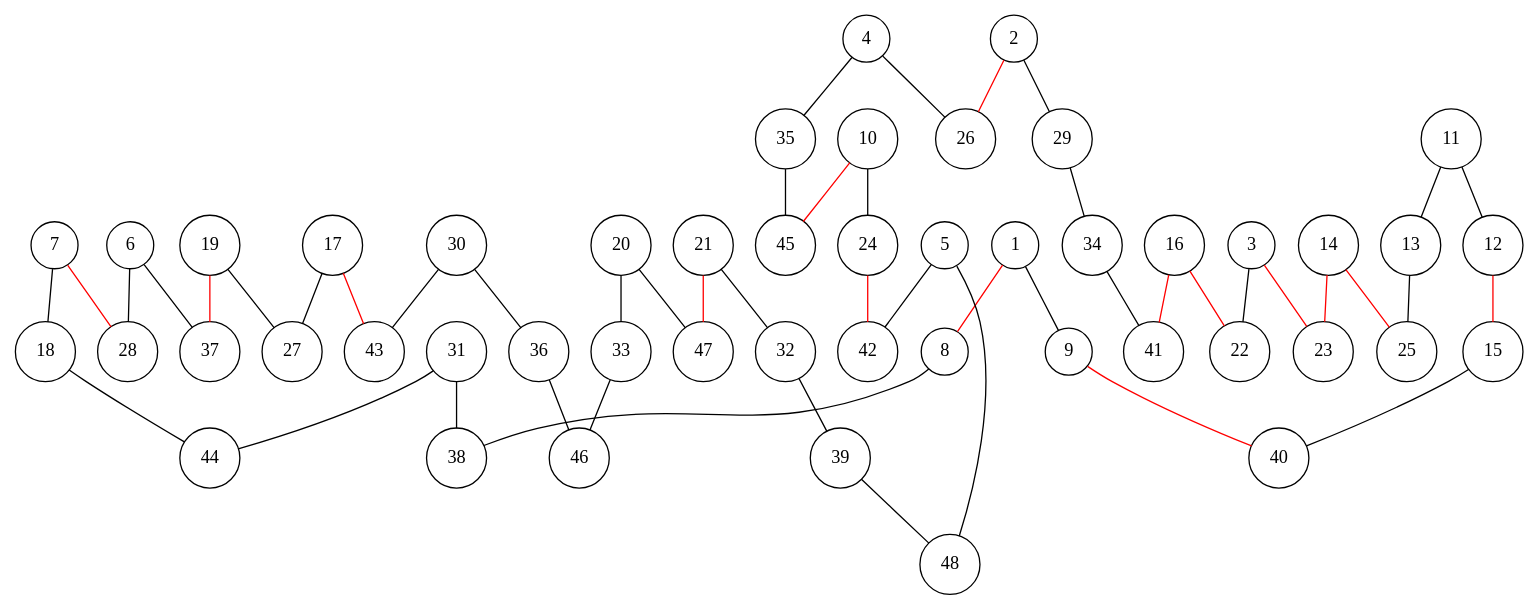
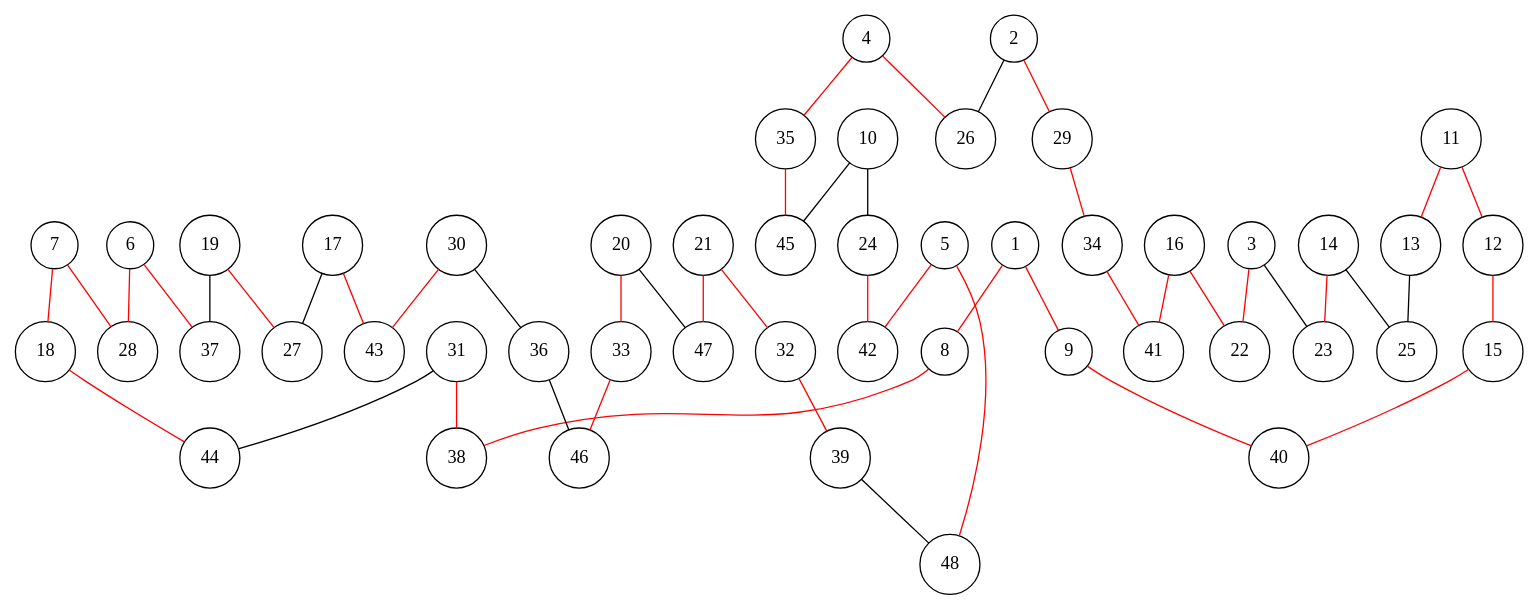
Before and after one commit to lugot/tsp-approximation: the diagram in data_tsplib/att48/att48.9.dot, drawn with Graphviz. The commit also changed 38 other files, not shown here.

```diff
--- a/data_tsplib/att48/att48.9.dot
+++ b/data_tsplib/att48/att48.9.dot
@@ -1,100 +1,100 @@
 graph att48 {
 	node [shape=circle fillcolor=white]
 	1 [ pos = "17.351198,3.743880!"]
 	2 [ pos = "5.753672,0.025767!"]
 	3 [ pos = "14.248905,3.669157!"]
 	4 [ pos = "1.033239,2.166967!"]
 	5 [ pos = "7.941252,4.236022!"]
 	6 [ pos = "19.603195,11.486730!"]
 	7 [ pos = "19.513012,9.574852!"]
 	8 [ pos = "18.719402,3.267199!"]
 	9 [ pos = "17.773770,4.856996!"]
 	10 [ pos = "2.865241,5.279567!"]
 	11 [ pos = "14.089152,6.714764!"]
 	12 [ pos = "15.431590,7.402731!"]
 	13 [ pos = "12.125741,6.889977!"]
 	14 [ pos = "11.883535,5.243494!"]
 	15 [ pos = "16.354032,6.913167!"]
 	16 [ pos = "15.735635,1.723783!"]
 	17 [ pos = "19.610925,13.357382!"]
 	18 [ pos = "19.227003,9.250193!"]
 	19 [ pos = "19.922700,12.169544!"]
 	20 [ pos = "15.202267,9.175470!"]
 	21 [ pos = "11.551147,8.680752!"]
 	22 [ pos = "15.720175,2.860088!"]
 	23 [ pos = "13.396032,5.622262!"]
 	24 [ pos = "4.207678,7.237825!"]
 	25 [ pos = "11.097655,5.982994!"]
 	26 [ pos = "1.739242,2.592115!"]
 	27 [ pos = "19.466632,12.416903!"]
 	28 [ pos = "19.430559,10.257666!"]
 	29 [ pos = "8.186035,1.947952!"]
 	30 [ pos = "18.943571,11.610410!"]
 	31 [ pos = "19.440866,7.217212!"]
 	32 [ pos = "8.361247,8.515846!"]
 	33 [ pos = "16.557588,8.175728!"]
 	34 [ pos = "11.873229,3.086833!"]
 	35 [ pos = "0.059263,5.709869!"]
 	36 [ pos = "18.675599,9.737181!"]
 	37 [ pos = "20.000000,11.839732!"]
 	38 [ pos = "19.046637,5.782015!"]
 	39 [ pos = "8.977068,7.289358!"]
 	40 [ pos = "16.158207,5.501159!"]
 	41 [ pos = "12.844628,0.360732!"]
 	42 [ pos = "4.936872,4.042772!"]
 	43 [ pos = "18.758052,12.623035!"]
 	44 [ pos = "19.348106,8.345787!"]
 	45 [ pos = "0.025767,6.895130!"]
 	46 [ pos = "17.539294,7.711930!"]
 	47 [ pos = "13.359959,8.394744!"]
 	48 [ pos = "7.789230,5.003865!"]
 
 	1 -- 8 [color = red]
-	1 -- 9 [color = black]
-	2 -- 26 [color = red]
-	2 -- 29 [color = black]
-	3 -- 22 [color = black]
-	3 -- 23 [color = red]
-	4 -- 26 [color = black]
-	4 -- 35 [color = black]
-	5 -- 42 [color = black]
-	5 -- 48 [color = black]
-	6 -- 28 [color = black]
-	6 -- 37 [color = black]
-	7 -- 18 [color = black]
+	1 -- 9 [color = red]
+	2 -- 26 [color = black]
+	2 -- 29 [color = red]
+	3 -- 22 [color = red]
+	3 -- 23 [color = black]
+	4 -- 26 [color = red]
+	4 -- 35 [color = red]
+	5 -- 42 [color = red]
+	5 -- 48 [color = red]
+	6 -- 28 [color = red]
+	6 -- 37 [color = red]
+	7 -- 18 [color = red]
 	7 -- 28 [color = red]
-	8 -- 38 [color = black]
+	8 -- 38 [color = red]
 	9 -- 40 [color = red]
 	10 -- 24 [color = black]
-	10 -- 45 [color = red]
-	11 -- 12 [color = black]
-	11 -- 13 [color = black]
+	10 -- 45 [color = black]
+	11 -- 12 [color = red]
+	11 -- 13 [color = red]
 	12 -- 15 [color = red]
 	13 -- 25 [color = black]
 	14 -- 23 [color = red]
-	14 -- 25 [color = red]
-	15 -- 40 [color = black]
+	14 -- 25 [color = black]
+	15 -- 40 [color = red]
 	16 -- 22 [color = red]
 	16 -- 41 [color = red]
 	17 -- 27 [color = black]
 	17 -- 43 [color = red]
-	18 -- 44 [color = black]
-	19 -- 27 [color = black]
-	19 -- 37 [color = red]
-	20 -- 33 [color = black]
+	18 -- 44 [color = red]
+	19 -- 27 [color = red]
+	19 -- 37 [color = black]
+	20 -- 33 [color = red]
 	20 -- 47 [color = black]
-	21 -- 32 [color = black]
+	21 -- 32 [color = red]
 	21 -- 47 [color = red]
 	24 -- 42 [color = red]
-	29 -- 34 [color = black]
+	29 -- 34 [color = red]
 	30 -- 36 [color = black]
-	30 -- 43 [color = black]
-	31 -- 38 [color = black]
+	30 -- 43 [color = red]
+	31 -- 38 [color = red]
 	31 -- 44 [color = black]
-	32 -- 39 [color = black]
-	33 -- 46 [color = black]
-	34 -- 41 [color = black]
-	35 -- 45 [color = black]
+	32 -- 39 [color = red]
+	33 -- 46 [color = red]
+	34 -- 41 [color = red]
+	35 -- 45 [color = red]
 	36 -- 46 [color = black]
 	39 -- 48 [color = black]
 }
```
